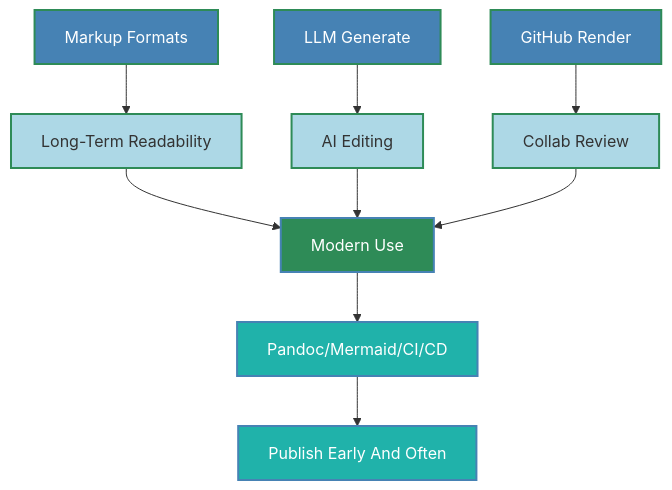
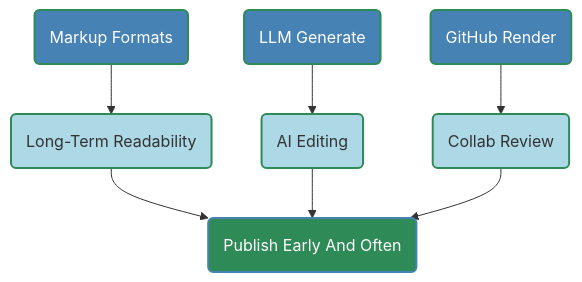
One commit to buckeye43210/markdown-to-snowkb changed the fifth of 11 diagrams in README.md. Above: the diagram before and after it, drawn with Mermaid. The commit also changed other lines of this file and 1 other file, not shown here.

````diff
--- a/README.md
+++ b/README.md
@@ -297,22 +303,18 @@
 ```mermaid
 graph TD
-    A[Markup Formats]
-    A --> B[Long-Term Readability]
-    C[LLM Generate]  --> D[AI Editing]
-    E[GitHub Render] --> F[Collab Review]
-    B --> G[Modern Use]
+    A(Markup Formats)
+    A --> B(Long-Term Readability)
+    C(LLM Generate)  --> D(AI Editing)
+    E(GitHub Render) --> F(Collab Review)
+    B --> G(Publish Early And Often)
     D --> G
     F --> G
-    G --> H[Pandoc/Mermaid/CI/CD]
-    H --> I[Publish Early And Often]
 
     style A fill:#4682B4,stroke:#2E8B57,stroke-width:2px,color:#FFFFFF
     style B fill:#ADD8E6,stroke:#2E8B57,stroke-width:2px
     style C fill:#4682B4,stroke:#2E8B57,stroke-width:2px,color:#FFFFFF
     style D fill:#ADD8E6,stroke:#2E8B57,stroke-width:2px
     style E fill:#4682B4,stroke:#2E8B57,stroke-width:2px,color:#FFFFFF
     style F fill:#ADD8E6,stroke:#2E8B57,stroke-width:2px
     style G fill:#2E8B57,stroke:#4682B4,stroke-width:2px,color:#FFFFFF
-    style H fill:#20B2AA,stroke:#4682B4,stroke-width:2px,color:#FFFFFF
-    style I fill:#20B2AA,stroke:#4682B4,stroke-width:2px,color:#FFFFFF
 ```
````
